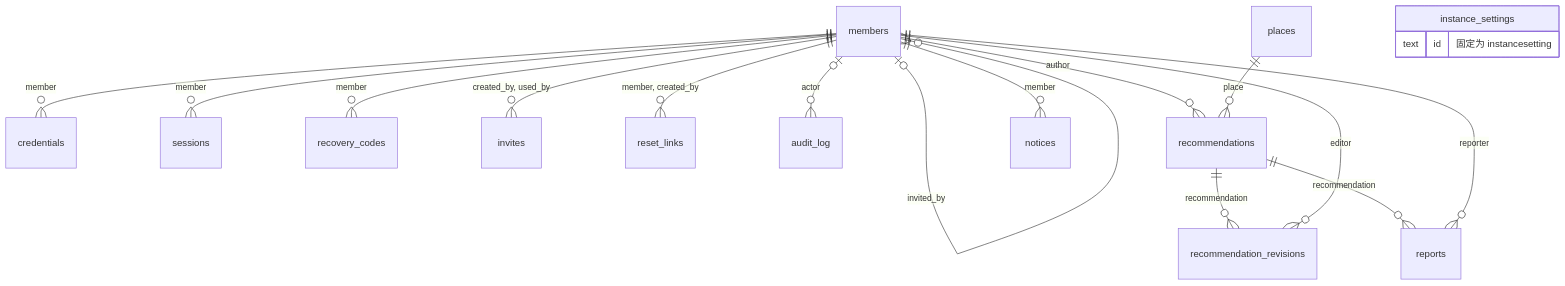
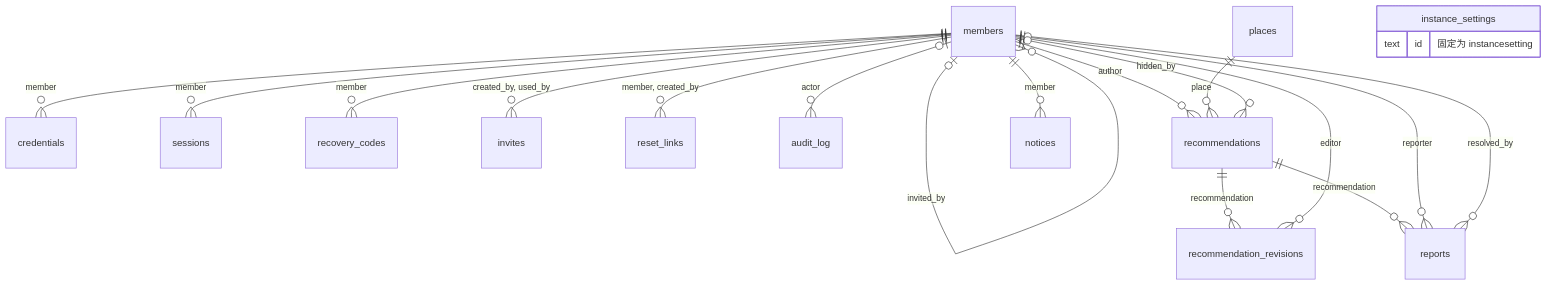
The seventh of 7 diagrams in docs/architecture.md (EatWell-Studio/OSFM), drawn with Mermaid before and after one commit. The commit also changed other lines of this file and 12 other files, not shown here.

````diff
--- a/docs/architecture.md
+++ b/docs/architecture.md
@@ -389,20 +389,22 @@
 ```mermaid
 erDiagram
     members ||--o{ credentials : "member"
     members ||--o{ sessions : "member"
     members ||--o{ recovery_codes : "member"
     members ||--o{ invites : "created_by, used_by"
     members ||--o{ reset_links : "member, created_by"
     members |o--o{ members : "invited_by"
     members |o--o{ audit_log : "actor"
     members ||--o{ recommendations : "author"
     places ||--o{ recommendations : "place"
     recommendations ||--o{ recommendation_revisions : "recommendation"
     members ||--o{ recommendation_revisions : "editor"
     recommendations ||--o{ reports : "recommendation"
     members ||--o{ reports : "reporter"
+    members |o--o{ reports : "resolved_by"
+    members |o--o{ recommendations : "hidden_by"
     members ||--o{ notices : "member"
     instance_settings {
         text id "固定为 instancesetting"
     }
 ```
````
